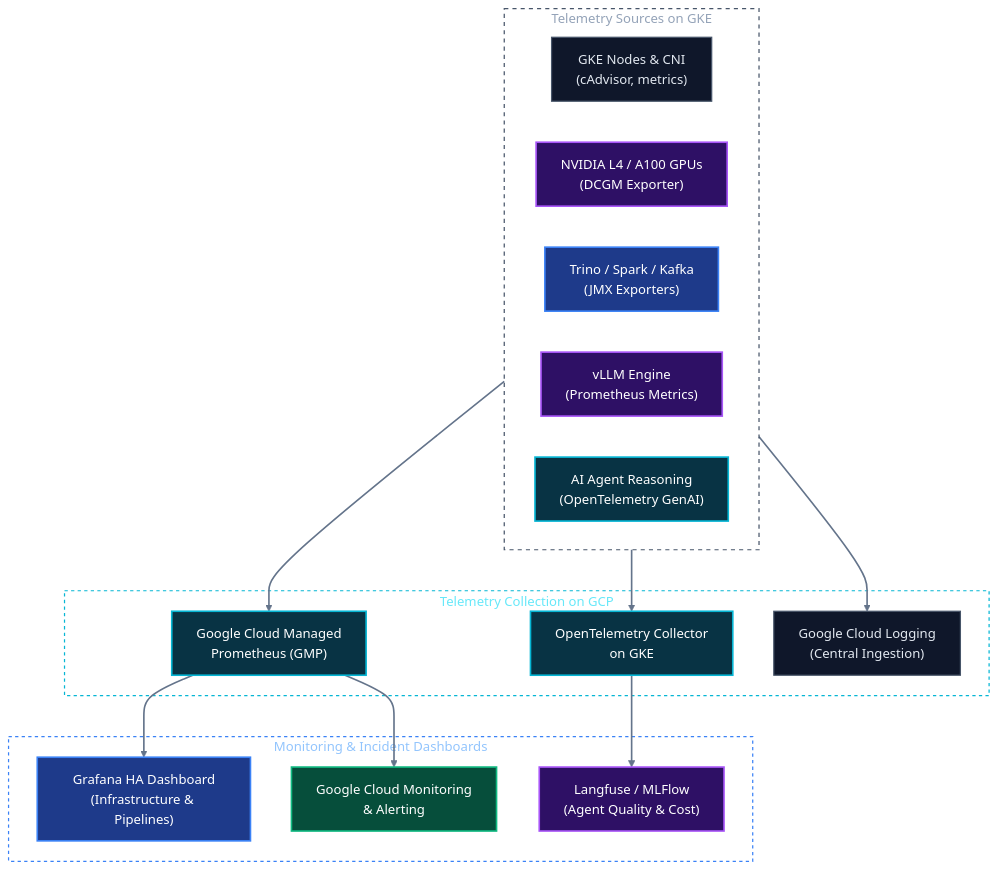
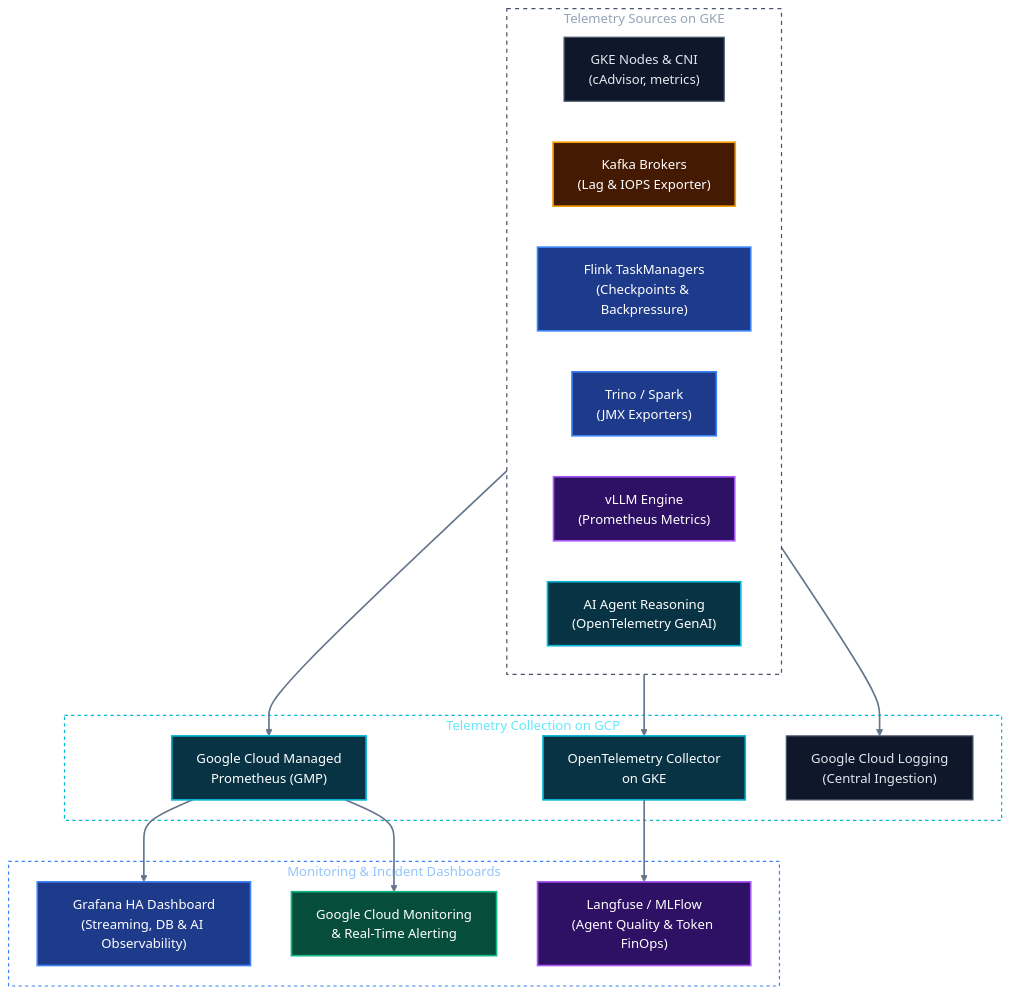
Before and after one commit to toanbui626391/data_platform_gcp: the fourth of 4 diagrams in docs/architectures/04_governance_security_and_observability.md, drawn with Mermaid (base theme). The commit also changed other lines of this file and 6 other files, not shown here.

````diff
--- a/docs/architectures/04_governance_security_and_observability.md
+++ b/docs/architectures/04_governance_security_and_observability.md
@@ -149,44 +171,46 @@
 ```mermaid
 flowchart TB
     subgraph TelemetrySources["Telemetry Sources on GKE"]
         K8sNodes["GKE Nodes & CNI\n(cAdvisor, metrics)"]:::gray
-        GPU["NVIDIA L4 / A100 GPUs\n(DCGM Exporter)"]:::purple
-        Engines["Trino / Spark / Kafka\n(JMX Exporters)"]:::primary
+        KafkaMetrics["Kafka Brokers\n(Lag & IOPS Exporter)"]:::warning
+        FlinkMetrics["Flink TaskManagers\n(Checkpoints & Backpressure)"]:::primary
+        Engines["Trino / Spark\n(JMX Exporters)"]:::primary
         LLM["vLLM Engine\n(Prometheus Metrics)"]:::purple
         AgentSpans["AI Agent Reasoning\n(OpenTelemetry GenAI)"]:::cyan
     end
 
     subgraph CollectionLayer["Telemetry Collection on GCP"]
         GMP["Google Cloud Managed\nPrometheus (GMP)"]:::cyan
         OTelCol["OpenTelemetry Collector\non GKE"]:::cyan
         CloudLog["Google Cloud Logging\n(Central Ingestion)"]:::gray
     end
 
     subgraph VisualizationLayer["Monitoring & Incident Dashboards"]
-        Grafana["Grafana HA Dashboard\n(Infrastructure & Pipelines)"]:::primary
-        CloudMon["Google Cloud Monitoring\n& Alerting"]:::success
-        AgentEval["Langfuse / MLFlow\n(Agent Quality & Cost)"]:::purple
+        Grafana["Grafana HA Dashboard\n(Streaming, DB & AI Observability)"]:::primary
+        CloudMon["Google Cloud Monitoring\n& Real-Time Alerting"]:::success
+        AgentEval["Langfuse / MLFlow\n(Agent Quality & Token FinOps)"]:::purple
     end
 
     TelemetrySources --> GMP
     TelemetrySources --> OTelCol
     TelemetrySources --> CloudLog
     GMP --> Grafana
     GMP --> CloudMon
     OTelCol --> AgentEval
 
     %% Subgraph Styling (Transparent & Dual-Mode Friendly)
     style TelemetrySources fill:none,stroke:#475569,stroke-width:1.5px,stroke-dasharray: 5 5,color:#94a3b8
     style CollectionLayer fill:none,stroke:#06b6d4,stroke-width:1.5px,stroke-dasharray: 4 4,color:#67e8f9
     style VisualizationLayer fill:none,stroke:#3b82f6,stroke-width:1.5px,stroke-dasharray: 4 4,color:#93c5fd
 
     %% Link Styling
     linkStyle default stroke:#64748b,stroke-width:2px;
 
     %% Universal Dual-Mode High-Contrast Palette
     classDef primary fill:#1e3a8a,stroke:#3b82f6,stroke-width:2px,color:#ffffff;
     classDef success fill:#064e3b,stroke:#10b981,stroke-width:2px,color:#ffffff;
+    classDef warning fill:#451a03,stroke:#f59e0b,stroke-width:2px,color:#ffffff;
     classDef purple  fill:#2e1065,stroke:#a855f7,stroke-width:2px,color:#ffffff;
     classDef cyan    fill:#083344,stroke:#06b6d4,stroke-width:2px,color:#ffffff;
     classDef gray    fill:#0f172a,stroke:#475569,stroke-width:1.5px,color:#e2e8f0;
 ```
````
